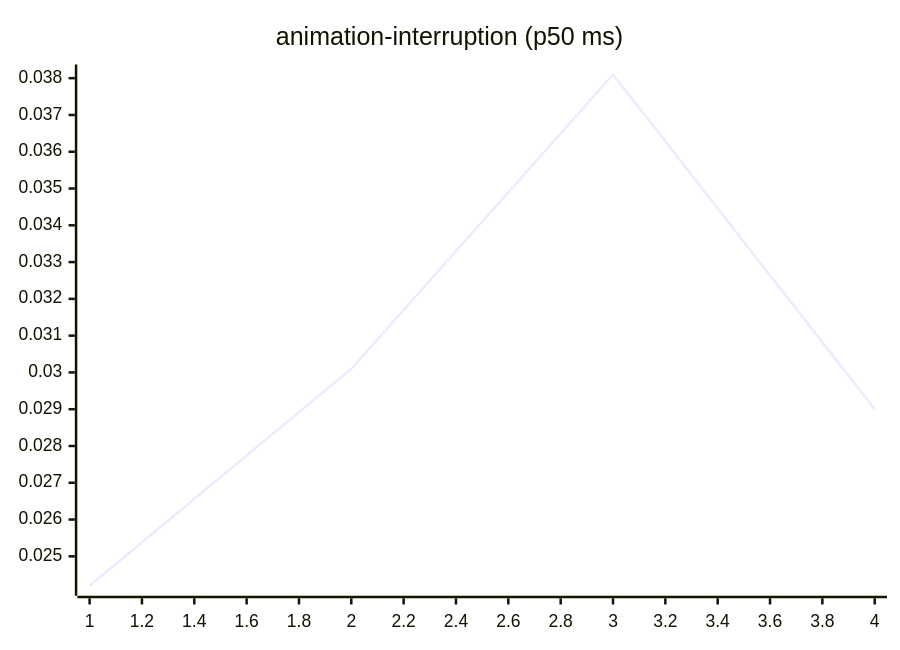
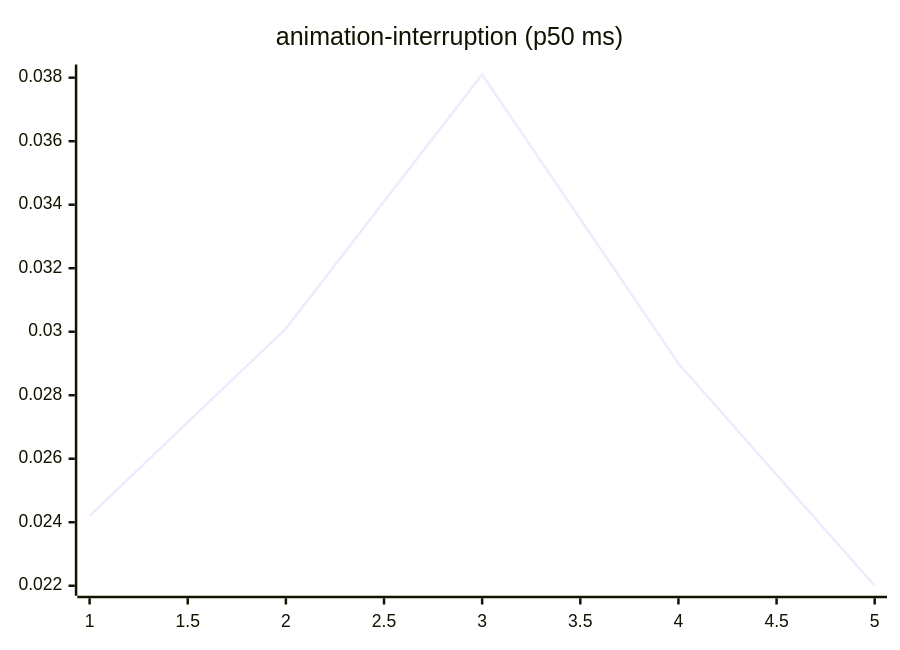
Before and after one commit to josha/Facet: the third of 27 diagrams in README.md, drawn with Mermaid. The commit also changed other lines of this file and 2 other files, not shown here.

````diff
--- a/README.md
+++ b/README.md
@@ -77,6 +77,6 @@
 ```mermaid
 xychart-beta
     title "animation-interruption (p50 ms)"
-    x-axis 1 --> 4
-    line [0.0242, 0.0301, 0.0381, 0.0290]
+    x-axis 1 --> 5
+    line [0.0242, 0.0301, 0.0381, 0.0290, 0.0220]
 ```
````
